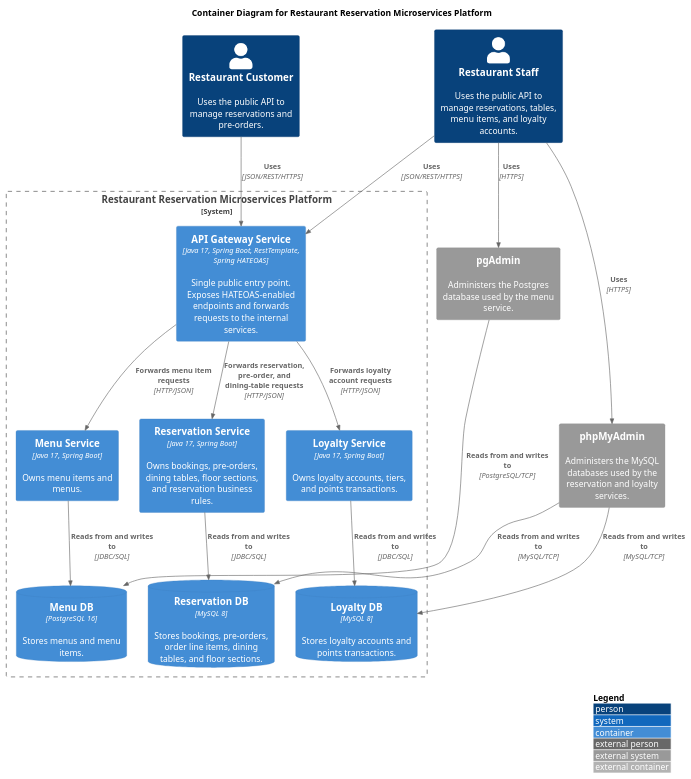
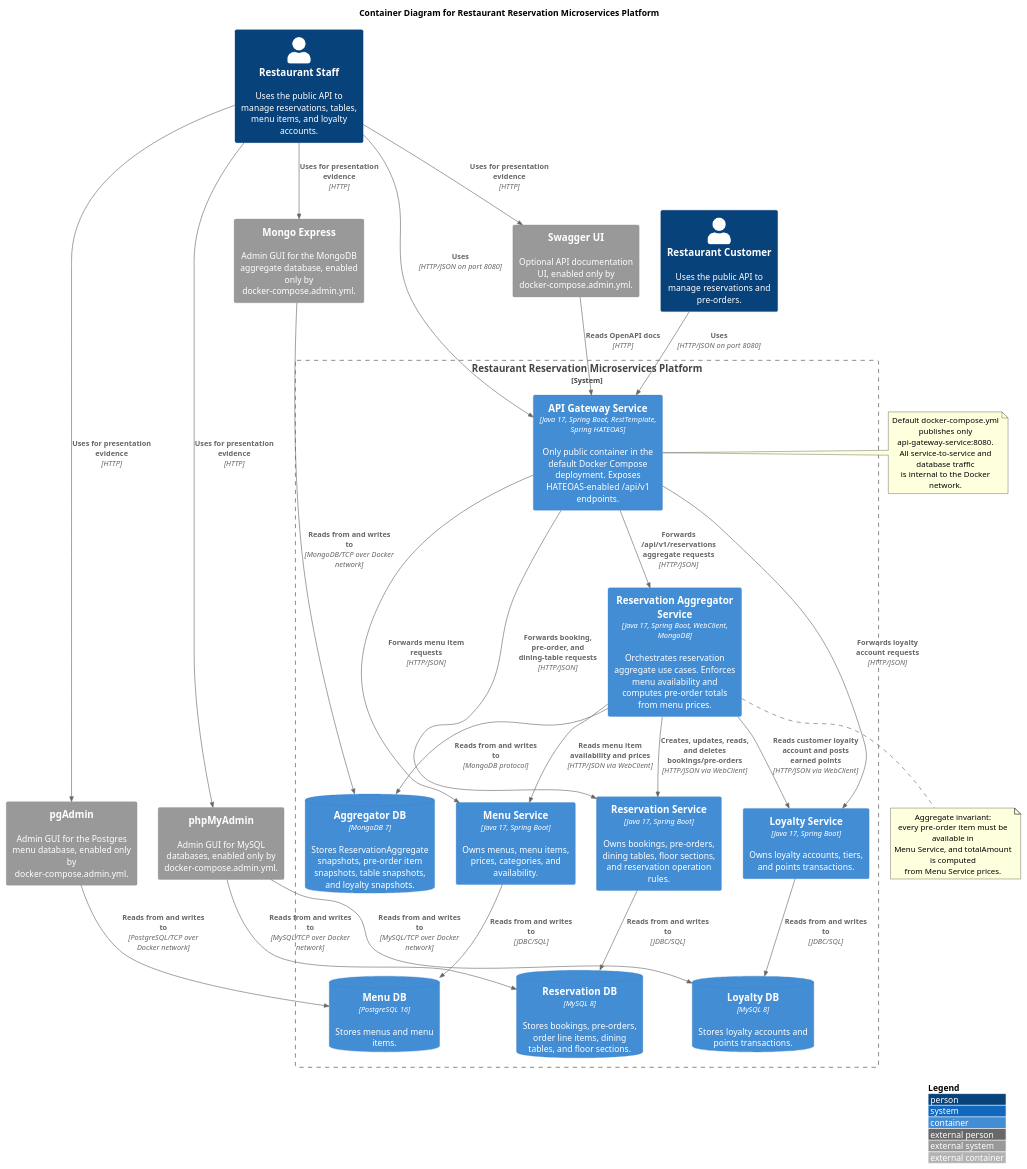
Before and after one commit to Gvxng/restaurant-reservation: the diagram in diagrams/C4_Level2_container.PUML, drawn with PlantUML. The commit also changed 78 other files, not shown here.

```diff
--- a/diagrams/C4_Level2_container.PUML
+++ b/diagrams/C4_Level2_container.PUML
@@ -1,45 +1,75 @@
 @startuml
 !include https://raw.githubusercontent.com/plantuml-stdlib/C4-PlantUML/master/C4_Container.puml
 ' uncomment the following line and comment the first to use locally
 ' !include C4_Container.puml
 LAYOUT_WITH_LEGEND()
 
 title Container Diagram for Restaurant Reservation Microservices Platform
 
 Person(customer, "Restaurant Customer", "Uses the public API to manage reservations and pre-orders.")
 Person(staff, "Restaurant Staff", "Uses the public API to manage reservations, tables, menu items, and loyalty accounts.")
 
-System_Ext(mysql_admin, "phpMyAdmin", "Administers the MySQL databases used by the reservation and loyalty services.")
-System_Ext(pgadmin, "pgAdmin", "Administers the Postgres database used by the menu service.")
+System_Ext(mysql_admin, "phpMyAdmin", "Admin GUI for MySQL databases, enabled only by docker-compose.admin.yml.")
+System_Ext(pgadmin, "pgAdmin", "Admin GUI for the Postgres menu database, enabled only by docker-compose.admin.yml.")
+System_Ext(mongo_express, "Mongo Express", "Admin GUI for the MongoDB aggregate database, enabled only by docker-compose.admin.yml.")
+System_Ext(swagger_ui, "Swagger UI", "Optional API documentation UI, enabled only by docker-compose.admin.yml.")
 
 System_Boundary(c1, "Restaurant Reservation Microservices Platform") {
-    Container(api_gateway, "API Gateway Service", "Java 17, Spring Boot, RestTemplate, Spring HATEOAS", "Single public entry point. Exposes HATEOAS-enabled endpoints and forwards requests to the internal services.")
+    Container(api_gateway, "API Gateway Service", "Java 17, Spring Boot, RestTemplate, Spring HATEOAS", "Only public container in the default Docker Compose deployment. Exposes HATEOAS-enabled /api/v1 endpoints.")
 
-    Container(reservation_service, "Reservation Service", "Java 17, Spring Boot", "Owns bookings, pre-orders, dining tables, floor sections, and reservation business rules.")
+    Container(reservation_aggregator_service, "Reservation Aggregator Service", "Java 17, Spring Boot, WebClient, MongoDB", "Orchestrates reservation aggregate use cases. Enforces menu availability and computes pre-order totals from menu prices.")
+    ContainerDb(aggregator_db, "Aggregator DB", "MongoDB 7", "Stores ReservationAggregate snapshots, pre-order item snapshots, table snapshots, and loyalty snapshots.")
+
+    Container(reservation_service, "Reservation Service", "Java 17, Spring Boot", "Owns bookings, pre-orders, dining tables, floor sections, and reservation operation rules.")
     ContainerDb(reservation_db, "Reservation DB", "MySQL 8", "Stores bookings, pre-orders, order line items, dining tables, and floor sections.")
 
-    Container(menu_service, "Menu Service", "Java 17, Spring Boot", "Owns menu items and menus.")
+    Container(menu_service, "Menu Service", "Java 17, Spring Boot", "Owns menus, menu items, prices, categories, and availability.")
     ContainerDb(menu_db, "Menu DB", "PostgreSQL 16", "Stores menus and menu items.")
 
     Container(loyalty_service, "Loyalty Service", "Java 17, Spring Boot", "Owns loyalty accounts, tiers, and points transactions.")
     ContainerDb(loyalty_db, "Loyalty DB", "MySQL 8", "Stores loyalty accounts and points transactions.")
 }
 
-Rel(customer, api_gateway, "Uses", "JSON/REST/HTTPS")
-Rel(staff, api_gateway, "Uses", "JSON/REST/HTTPS")
+Rel(customer, api_gateway, "Uses", "HTTP/JSON on port 8080")
+Rel(staff, api_gateway, "Uses", "HTTP/JSON on port 8080")
 
-Rel(api_gateway, reservation_service, "Forwards reservation, pre-order, and dining-table requests", "HTTP/JSON")
+Rel(api_gateway, reservation_aggregator_service, "Forwards /api/v1/reservations aggregate requests", "HTTP/JSON")
+Rel(api_gateway, reservation_service, "Forwards booking, pre-order, and dining-table requests", "HTTP/JSON")
 Rel(api_gateway, menu_service, "Forwards menu item requests", "HTTP/JSON")
 Rel(api_gateway, loyalty_service, "Forwards loyalty account requests", "HTTP/JSON")
 
+Rel(reservation_aggregator_service, reservation_service, "Creates, updates, reads, and deletes bookings/pre-orders", "HTTP/JSON via WebClient")
+Rel(reservation_aggregator_service, menu_service, "Reads menu item availability and prices", "HTTP/JSON via WebClient")
+Rel(reservation_aggregator_service, loyalty_service, "Reads customer loyalty account and posts earned points", "HTTP/JSON via WebClient")
+
+Rel_D(reservation_aggregator_service, aggregator_db, "Reads from and writes to", "MongoDB protocol")
 Rel_D(reservation_service, reservation_db, "Reads from and writes to", "JDBC/SQL")
 Rel_D(menu_service, menu_db, "Reads from and writes to", "JDBC/SQL")
 Rel_D(loyalty_service, loyalty_db, "Reads from and writes to", "JDBC/SQL")
 
-Rel(staff, mysql_admin, "Uses", "HTTPS")
-Rel(staff, pgadmin, "Uses", "HTTPS")
-Rel(mysql_admin, reservation_db, "Reads from and writes to", "MySQL/TCP")
-Rel(mysql_admin, loyalty_db, "Reads from and writes to", "MySQL/TCP")
-Rel(pgadmin, menu_db, "Reads from and writes to", "PostgreSQL/TCP")
+Rel(staff, mysql_admin, "Uses for presentation evidence", "HTTP")
+Rel(staff, pgadmin, "Uses for presentation evidence", "HTTP")
+Rel(staff, mongo_express, "Uses for presentation evidence", "HTTP")
+Rel(staff, swagger_ui, "Uses for presentation evidence", "HTTP")
+
+Rel(mysql_admin, reservation_db, "Reads from and writes to", "MySQL/TCP over Docker network")
+Rel(mysql_admin, loyalty_db, "Reads from and writes to", "MySQL/TCP over Docker network")
+Rel(pgadmin, menu_db, "Reads from and writes to", "PostgreSQL/TCP over Docker network")
+Rel(mongo_express, aggregator_db, "Reads from and writes to", "MongoDB/TCP over Docker network")
+Rel(swagger_ui, api_gateway, "Reads OpenAPI docs", "HTTP")
+
+note right of api_gateway
+  Default docker-compose.yml publishes only
+  api-gateway-service:8080.
+  All service-to-service and database traffic
+  is internal to the Docker network.
+end note
+
+note bottom of reservation_aggregator_service
+  Aggregate invariant:
+  every pre-order item must be available in
+  Menu Service, and totalAmount is computed
+  from Menu Service prices.
+end note
 
 @enduml
```
